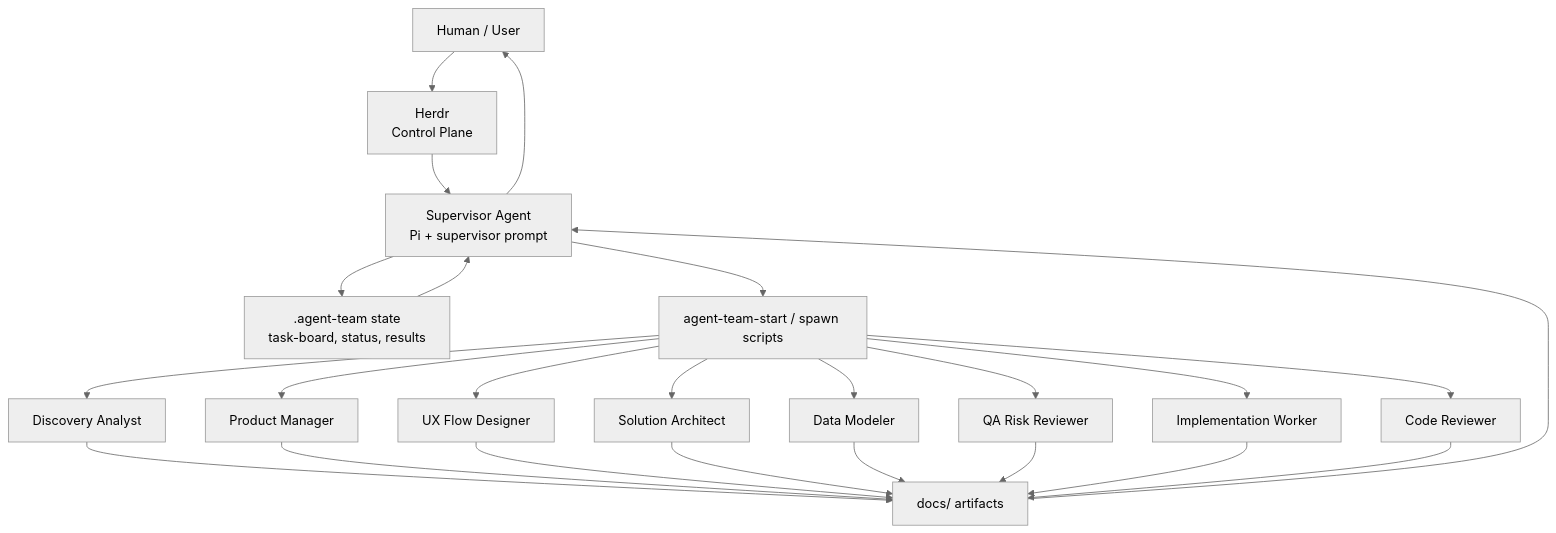
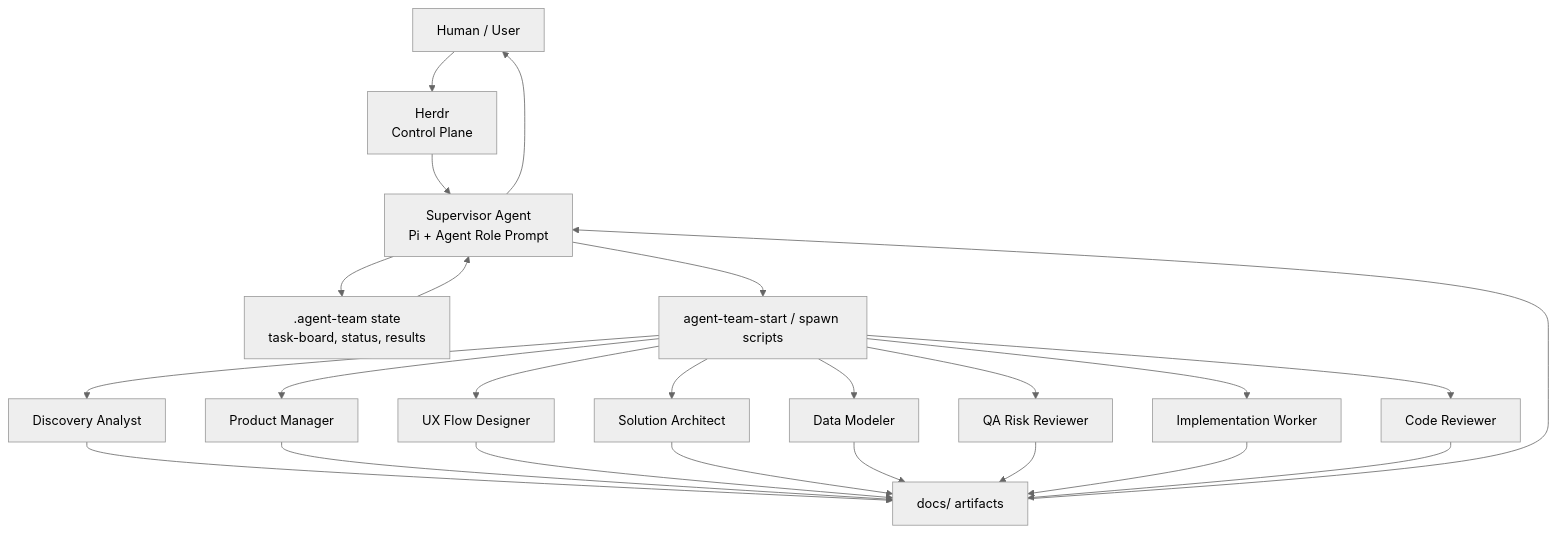
One commit to SuphakornP/business-app-agent-team changed the first of 6 diagrams in README.md. Above: the diagram before and after it, drawn with Mermaid (neutral theme). The commit also changed other lines of this file, not shown here.

Commit message:
Clarify prompts as agent role prompts

````diff
--- a/README.md
+++ b/README.md
@@ -49,26 +50,26 @@
 ```mermaid
 flowchart TD
     U[Human / User] --> H[Herdr<br/>Control Plane]
-    H --> S[Supervisor Agent<br/>Pi + supervisor prompt]
+    H --> S[Supervisor Agent<br/>Pi + Agent Role Prompt]
     S --> ST[.agent-team state<br/>task-board, status, results]
     S --> A[agent-team-start / spawn scripts]
     A --> W1[Discovery Analyst]
     A --> W2[Product Manager]
     A --> W3[UX Flow Designer]
     A --> W4[Solution Architect]
     A --> W5[Data Modeler]
     A --> W6[QA Risk Reviewer]
     A --> W7[Implementation Worker]
     A --> W8[Code Reviewer]
     W1 --> D[docs/ artifacts]
     W2 --> D
     W3 --> D
     W4 --> D
     W5 --> D
     W6 --> D
     W7 --> D
     W8 --> D
     D --> S
     ST --> S
     S --> U
 ```
````
